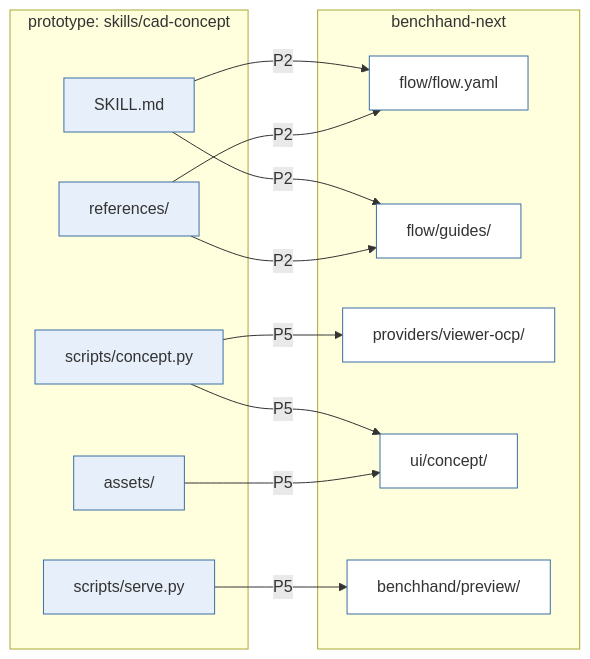
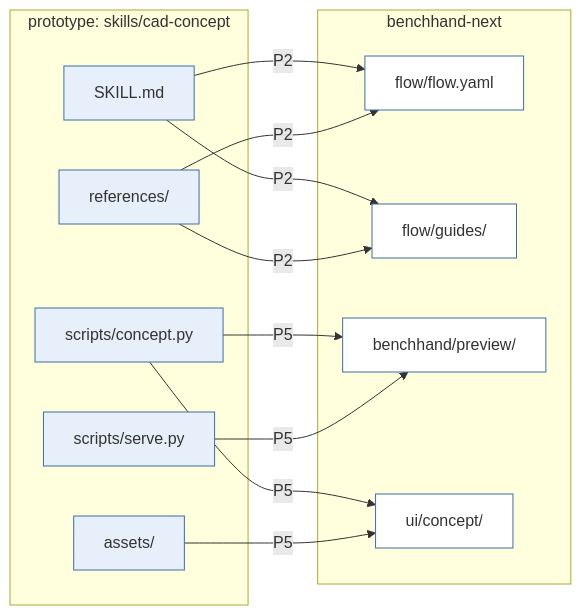
One commit to benchhand/benchhand-next changed the third of 17 diagrams in docs/architecture/function-map.md. Above: the diagram before and after it, drawn with Mermaid. The commit also changed other lines of this file and 6 other files, not shown here.

First line of the commit message:
Plan: the CAD-libraries decisions; viewer-ocp leaves the plan

````diff
--- a/docs/architecture/function-map.md
+++ b/docs/architecture/function-map.md
@@ -166,41 +166,39 @@
 ```mermaid
 flowchart LR
     subgraph prototype["prototype: skills/cad-concept"]
         p0["SKILL.md"]
         p1["scripts/concept.py"]
         p2["scripts/serve.py"]
         p3["assets/"]
         p4["references/"]
     end
     subgraph next["benchhand-next"]
         h0["flow/flow.yaml"]
         h1["flow/guides/"]
-        h2["providers/viewer-ocp/"]
+        h2["benchhand/preview/"]
         h3["ui/concept/"]
-        h4["benchhand/preview/"]
     end
     p0 -->|"P2"| h0
     p0 -->|"P2"| h1
     p1 -->|"P5"| h2
     p1 -->|"P5"| h3
-    p2 -->|"P5"| h4
+    p2 -->|"P5"| h2
     p3 -->|"P5"| h3
     p4 -->|"P2"| h0
     p4 -->|"P2"| h1
     class p0 planned
     class p1 planned
     class p2 planned
     class p3 planned
     class p4 planned
     class h0 home
     class h1 home
     class h2 home
     class h3 home
-    class h4 home
     classDef ported fill:#d8f3dc,stroke:#2d6a4f
     classDef partial fill:#f1faf3,stroke:#2d6a4f,stroke-width:2px,stroke-dasharray: 6 3
     classDef inprogress fill:#fff3bf,stroke:#b08900
     classDef planned fill:#e7f0fa,stroke:#3a6ea5
     classDef dropped fill:#eeeeee,stroke:#888888,stroke-dasharray: 4 3,color:#666666
     classDef home fill:#ffffff,stroke:#3a6ea5
 ```
````
